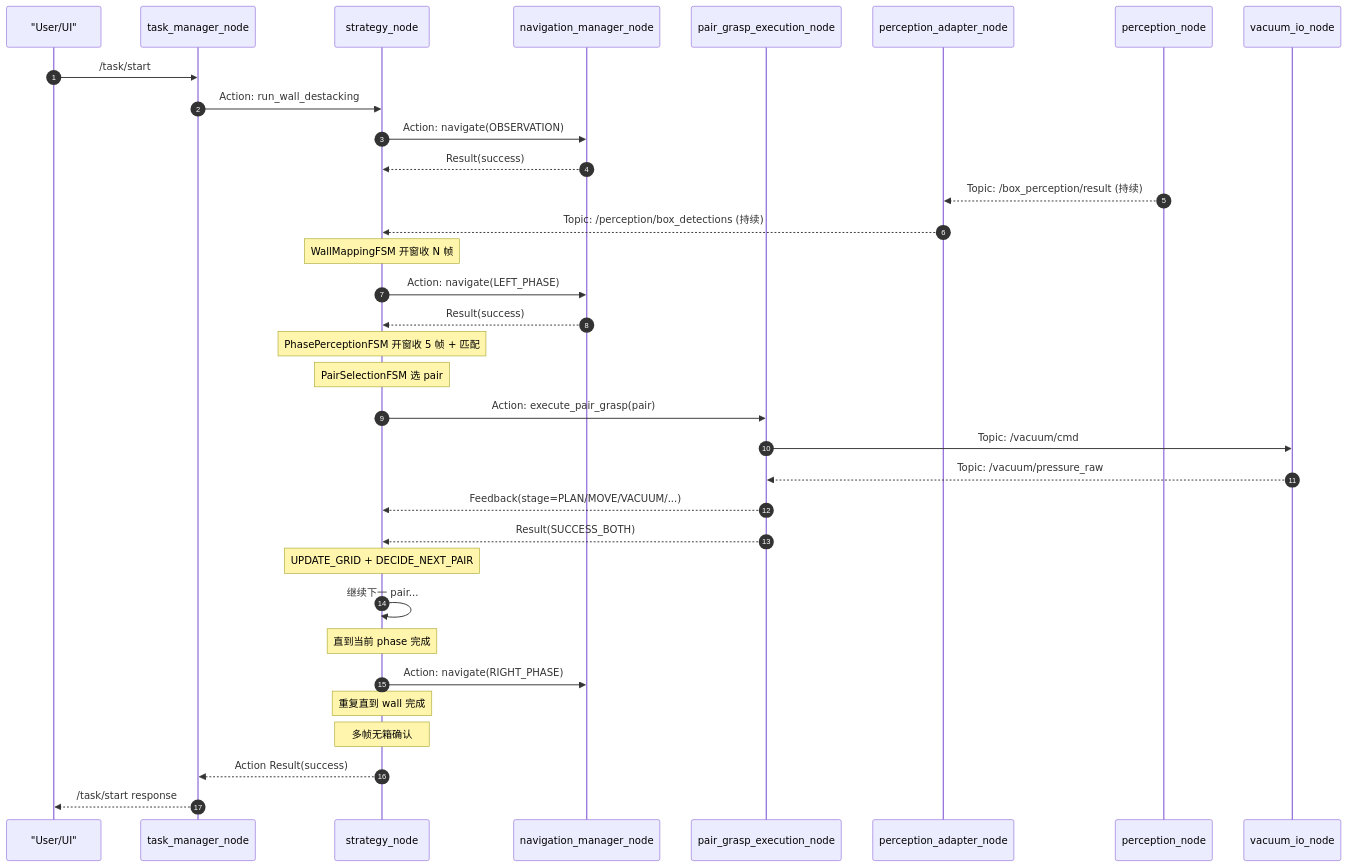
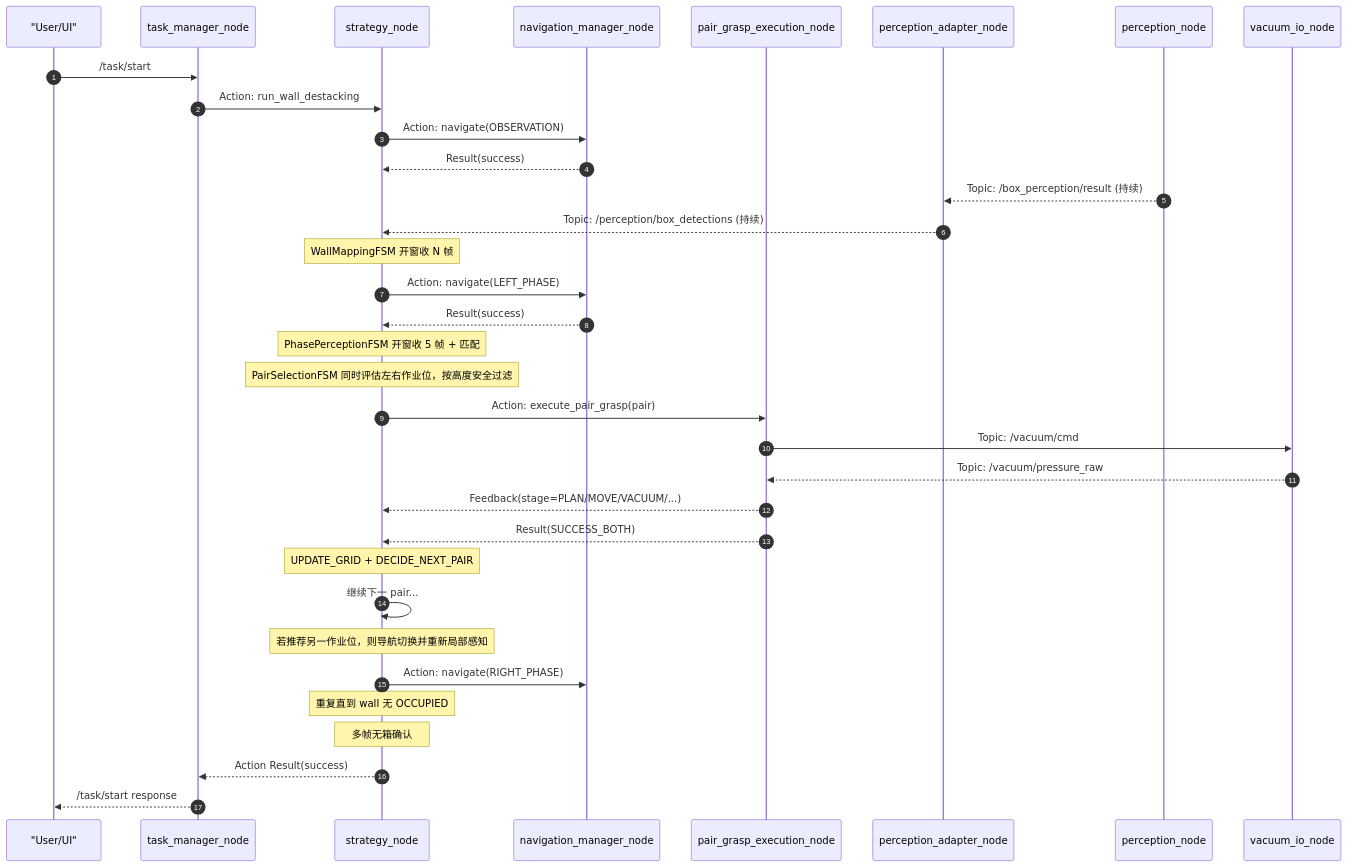
Diagram 12 of 12 in docs/06_状态机Mermaid图集.md (MiTLSL/alpha_fsm), drawn with Mermaid before and after one commit. The commit also changed other lines of this file and 11 other files, not shown here.

Commit message:
feat: update wall destacking phase selection and docs

````diff
--- a/docs/06_状态机Mermaid图集.md
+++ b/docs/06_状态机Mermaid图集.md
@@ -419,37 +415,37 @@
 ```mermaid
 sequenceDiagram
     autonumber
     participant U as "User/UI"
     participant TM as task_manager_node
     participant ST as strategy_node
     participant NV as navigation_manager_node
     participant GR as pair_grasp_execution_node
     participant PA as perception_adapter_node
     participant PE as perception_node
     participant VI as vacuum_io_node
 
     U->>TM: /task/start
     TM->>ST: Action: run_wall_destacking
     ST->>NV: Action: navigate(OBSERVATION)
     NV-->>ST: Result(success)
     PE-->>PA: Topic: /box_perception/result (持续)
     PA-->>ST: Topic: /perception/box_detections (持续)
     Note over ST: WallMappingFSM 开窗收 N 帧
     ST->>NV: Action: navigate(LEFT_PHASE)
     NV-->>ST: Result(success)
     Note over ST: PhasePerceptionFSM 开窗收 5 帧 + 匹配
-    Note over ST: PairSelectionFSM 选 pair
+    Note over ST: PairSelectionFSM 同时评估左右作业位，按高度安全过滤
     ST->>GR: Action: execute_pair_grasp(pair)
     GR->>VI: Topic: /vacuum/cmd
     VI-->>GR: Topic: /vacuum/pressure_raw
     GR-->>ST: Feedback(stage=PLAN/MOVE/VACUUM/...)
     GR-->>ST: Result(SUCCESS_BOTH)
     Note over ST: UPDATE_GRID + DECIDE_NEXT_PAIR
     ST->>ST: 继续下一 pair...
-    Note over ST: 直到当前 phase 完成
+    Note over ST: 若推荐另一作业位，则导航切换并重新局部感知
     ST->>NV: Action: navigate(RIGHT_PHASE)
-    Note over ST: 重复直到 wall 完成
+    Note over ST: 重复直到 wall 无 OCCUPIED
     Note over ST: 多帧无箱确认
     ST-->>TM: Action Result(success)
     TM-->>U: /task/start response
 ```
````
